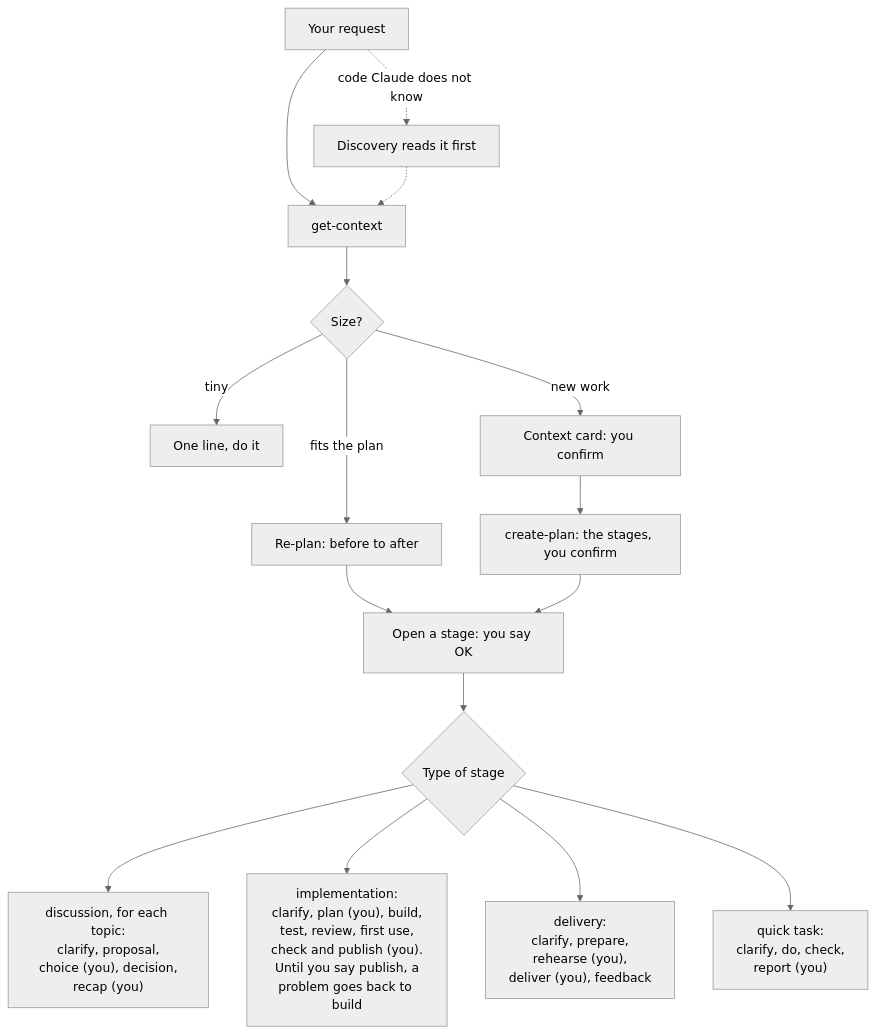
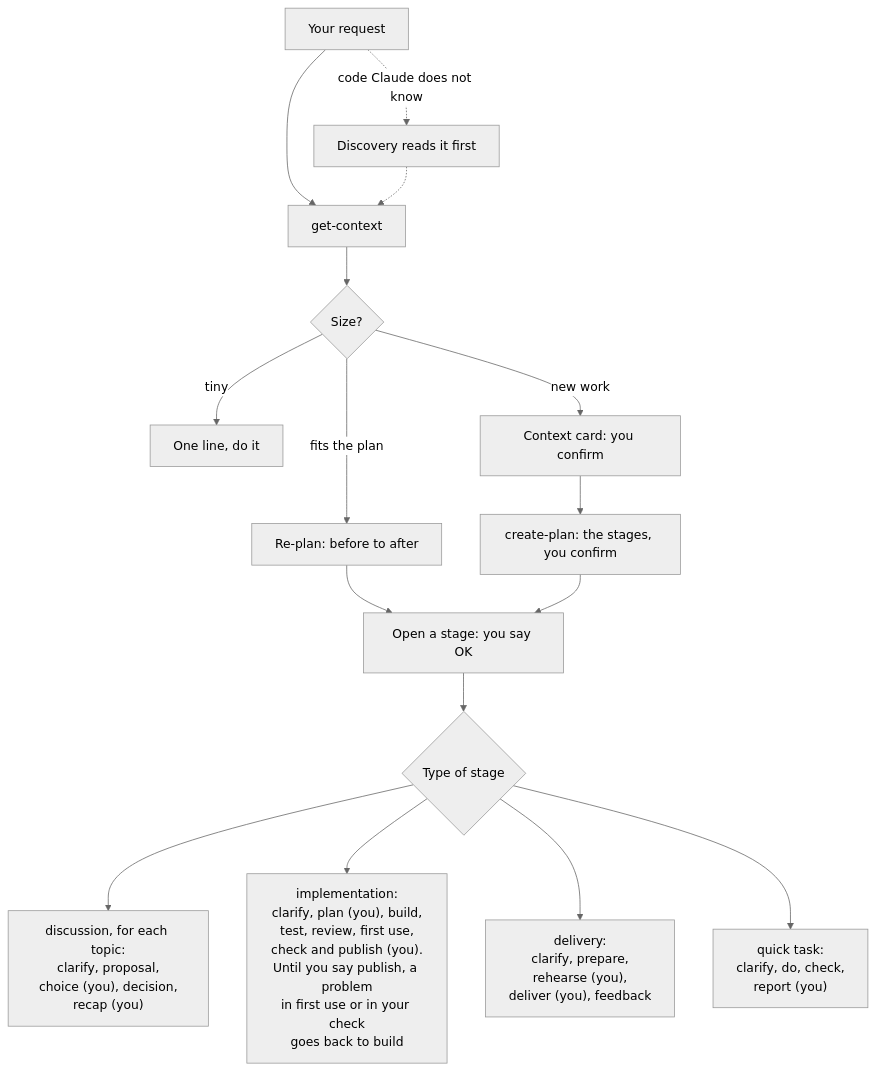
One commit to FreddyZeta1847/blueprint changed the diagram in README.md. Above: the diagram before and after it, drawn with Mermaid (neutral theme). The commit also changed 5 other files, not shown here.

Commit message:
review round 4: test runs count in the review phase; the panel's test and review texts fix in place; README diagram; stuck() comment

````diff
--- a/README.md
+++ b/README.md
@@ -29,18 +29,18 @@
 ```mermaid
 flowchart TD
     A[Your request] --> C[get-context]
     A -. code Claude does not know .-> X[Discovery reads it first]
     X -.-> C
     C --> B{Size?}
     B -- tiny --> T[One line, do it]
     B -- fits the plan --> R[Re-plan: before to after]
     B -- new work --> K[Context card: you confirm]
     K --> P[create-plan: the stages, you confirm]
     R --> O
     P --> O[Open a stage: you say OK]
     O --> Y{Type of stage}
     Y --> DI["discussion, for each topic:<br/>clarify, proposal,<br/>choice (you), decision,<br/>recap (you)"]
-    Y --> IM["implementation:<br/>clarify, plan (you), build,<br/>test, review, first use,<br/>check and publish (you).<br/>Until you say publish, a<br/>problem goes back to build"]
+    Y --> IM["implementation:<br/>clarify, plan (you), build,<br/>test, review, first use,<br/>check and publish (you).<br/>Until you say publish, a problem<br/>in first use or in your check<br/>goes back to build"]
     Y --> DE["delivery:<br/>clarify, prepare,<br/>rehearse (you),<br/>deliver (you), feedback"]
     Y --> QT["quick task:<br/>clarify, do, check,<br/>report (you)"]
 ```
````
